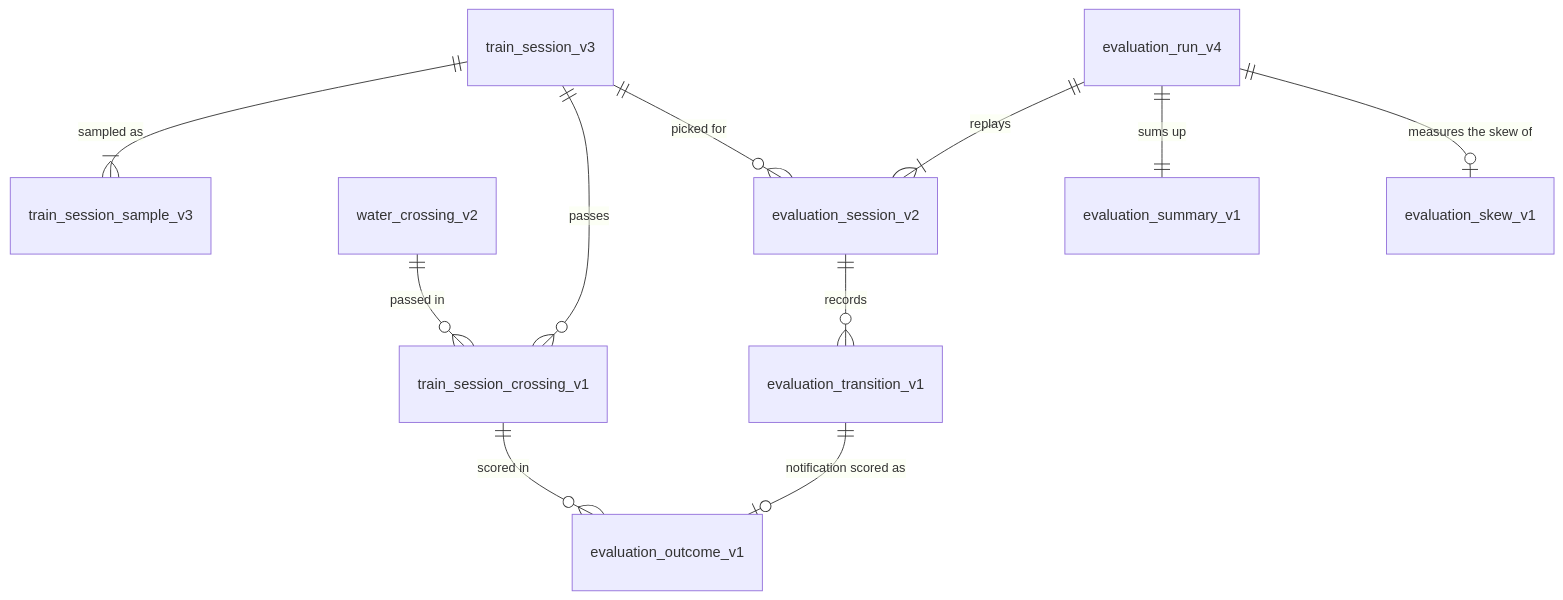
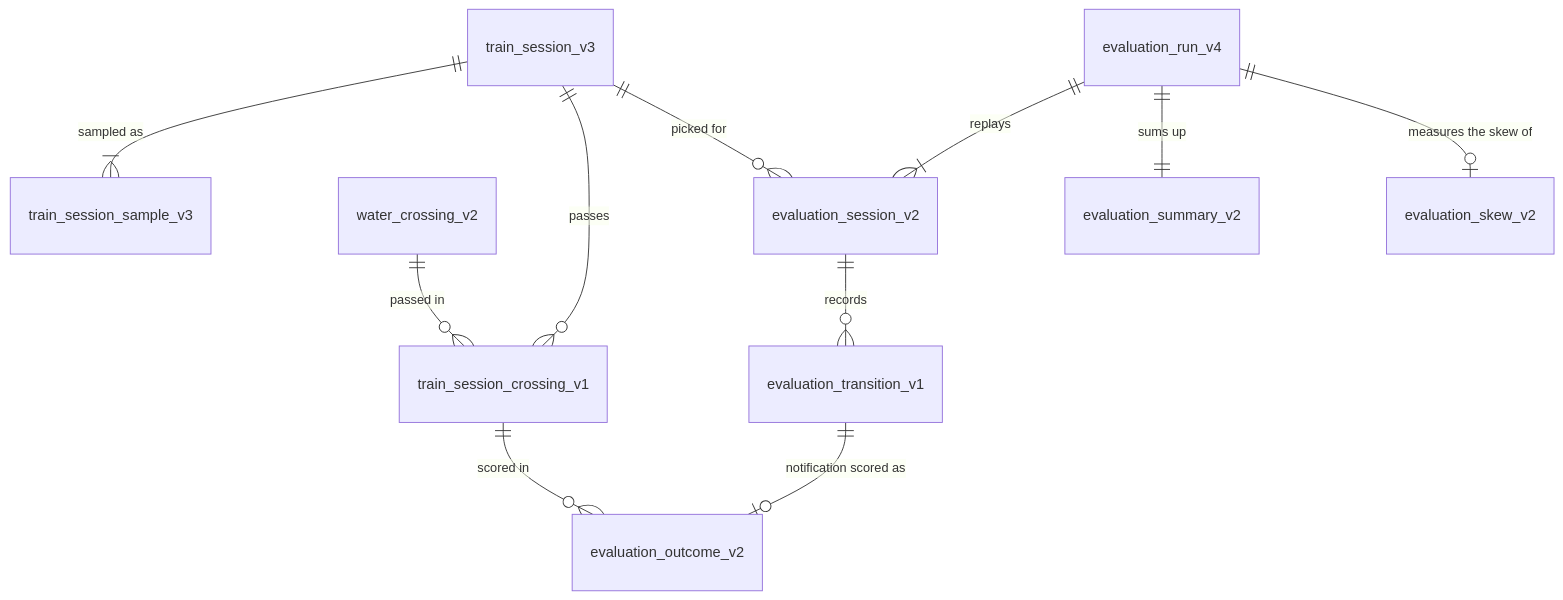
Before and after one commit to mikemoraned/geo: the diagram in apps/lookout/docs/current-slice.md, drawn with Mermaid. The commit also changed other lines of this file and 45 other files, not shown here.

Commit message:
store spans of time as durations: medallion types a Row's DURATIONS columns as Duration(ms) from a TimeDelta, and evaluation_outcome_v2, evaluation_summary_v2, and evaluation_skew_v2 hold leads, offsets, and the scored duration as durations, migrated from v1 by a one-off binary

````diff
--- a/apps/lookout/docs/current-slice.md
+++ b/apps/lookout/docs/current-slice.md
@@ -127,13 +127,13 @@
 ```mermaid
 erDiagram
     train_session_v3 ||--|{ train_session_sample_v3 : "sampled as"
     train_session_v3 ||--o{ train_session_crossing_v1 : "passes"
     water_crossing_v2 ||--o{ train_session_crossing_v1 : "passed in"
     evaluation_run_v4 ||--|{ evaluation_session_v2 : "replays"
     train_session_v3 ||--o{ evaluation_session_v2 : "picked for"
     evaluation_session_v2 ||--o{ evaluation_transition_v1 : "records"
-    evaluation_transition_v1 ||--o| evaluation_outcome_v1 : "notification scored as"
-    train_session_crossing_v1 ||--o{ evaluation_outcome_v1 : "scored in"
-    evaluation_run_v4 ||--|| evaluation_summary_v1 : "sums up"
-    evaluation_run_v4 ||--o| evaluation_skew_v1 : "measures the skew of"
+    evaluation_transition_v1 ||--o| evaluation_outcome_v2 : "notification scored as"
+    train_session_crossing_v1 ||--o{ evaluation_outcome_v2 : "scored in"
+    evaluation_run_v4 ||--|| evaluation_summary_v2 : "sums up"
+    evaluation_run_v4 ||--o| evaluation_skew_v2 : "measures the skew of"
 ```
````
